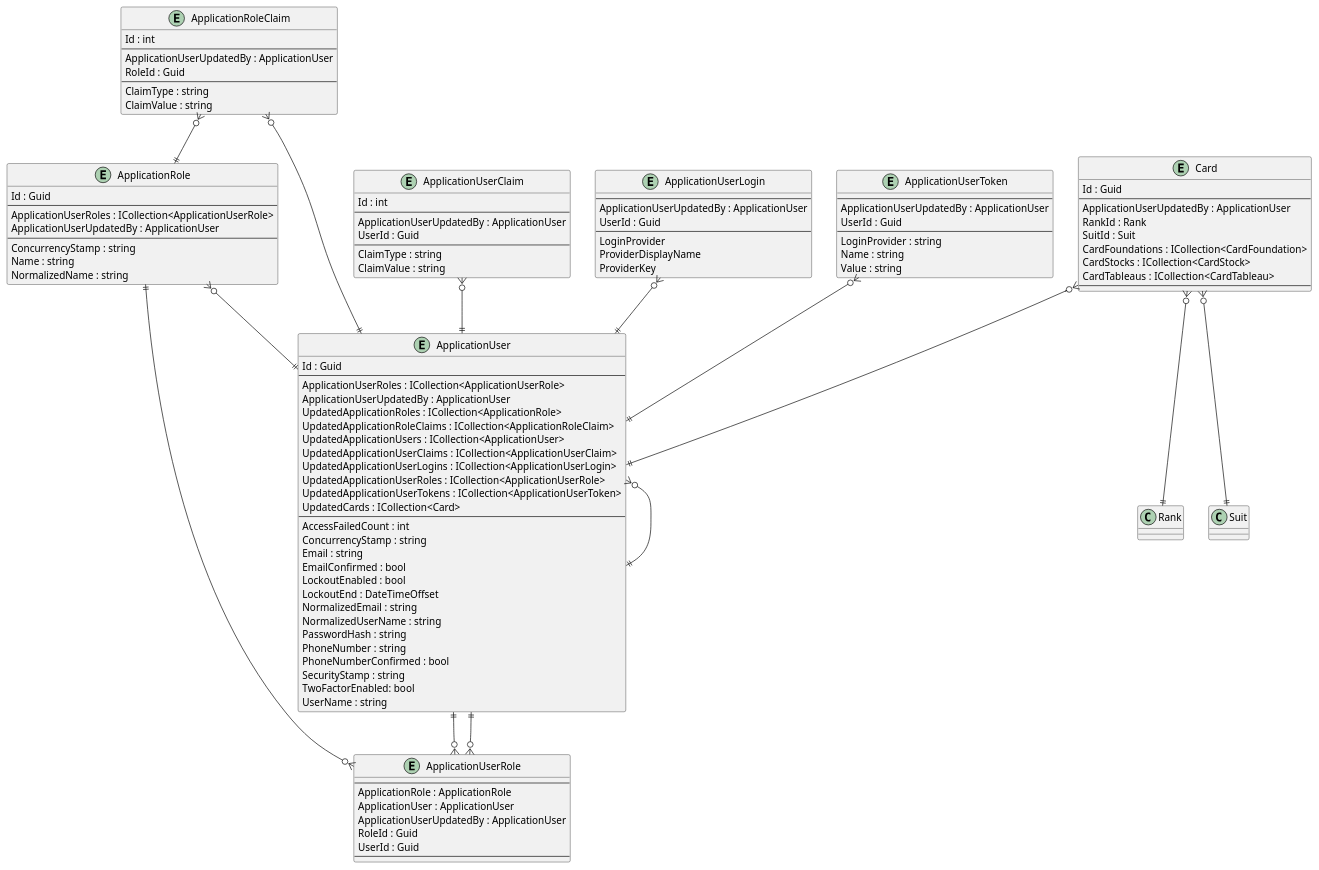
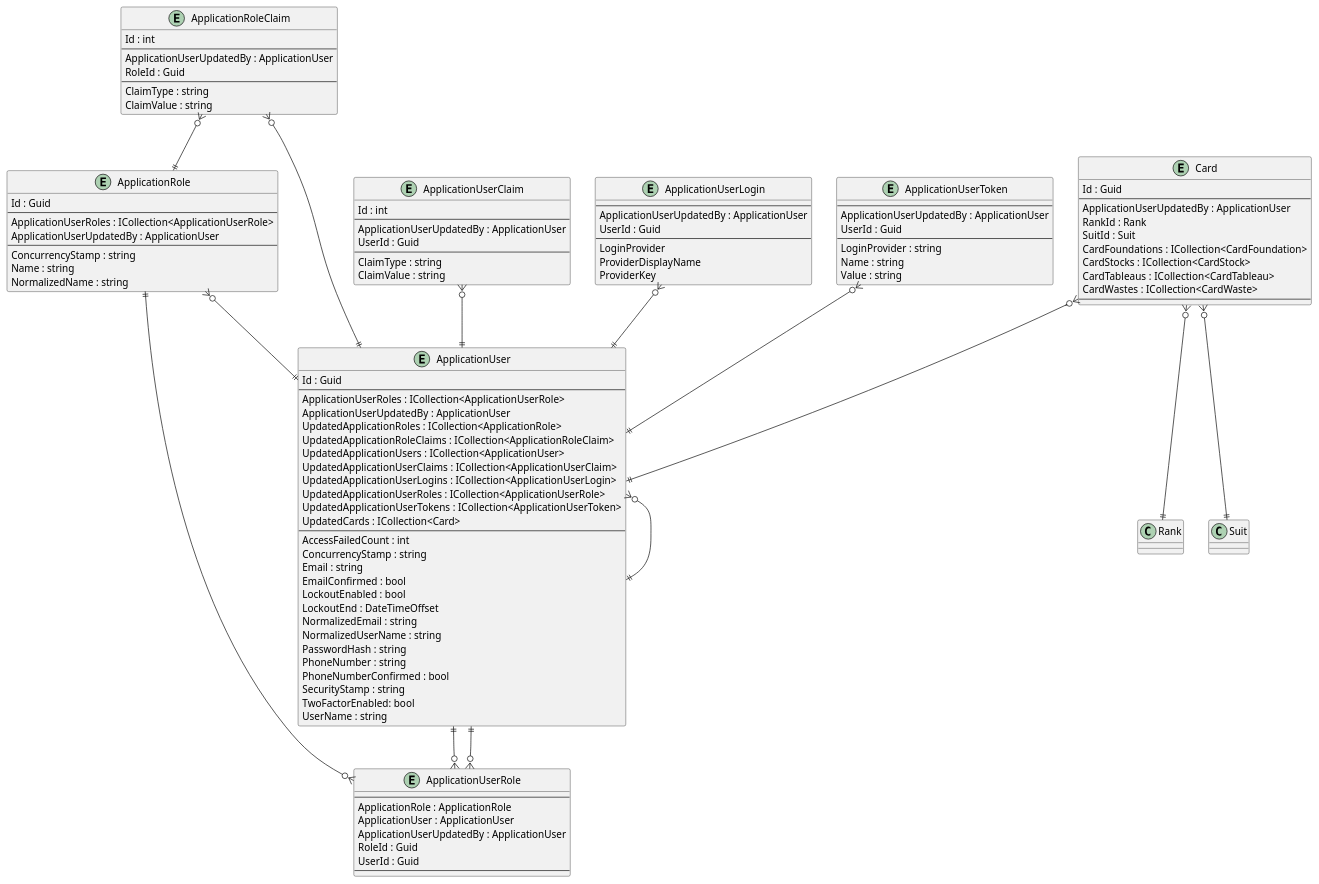
One commit to intrepion/intrepion_klondike-solitaire_csharp changed the diagram in .docs/Intrepion.KlondikeSolitaire.pu. Above: the diagram before and after it, drawn with PlantUML.

```diff
--- a/.docs/Intrepion.KlondikeSolitaire.pu
+++ b/.docs/Intrepion.KlondikeSolitaire.pu
@@ -1,127 +1,128 @@
 @startuml
 
 entity ApplicationRole {
     Id : Guid
     --
     ApplicationUserRoles : ICollection<ApplicationUserRole>
     ApplicationUserUpdatedBy : ApplicationUser
     --
     ConcurrencyStamp : string
     Name : string
     NormalizedName : string
 }
 
 entity ApplicationRoleClaim {
     Id : int
     --
     ApplicationUserUpdatedBy : ApplicationUser
     RoleId : Guid
     --
     ClaimType : string
     ClaimValue : string
 }
 
 entity ApplicationUser {
     Id : Guid
     --
     ApplicationUserRoles : ICollection<ApplicationUserRole>
     ApplicationUserUpdatedBy : ApplicationUser
     UpdatedApplicationRoles : ICollection<ApplicationRole>
     UpdatedApplicationRoleClaims : ICollection<ApplicationRoleClaim>
     UpdatedApplicationUsers : ICollection<ApplicationUser>
     UpdatedApplicationUserClaims : ICollection<ApplicationUserClaim>
     UpdatedApplicationUserLogins : ICollection<ApplicationUserLogin>
     UpdatedApplicationUserRoles : ICollection<ApplicationUserRole>
     UpdatedApplicationUserTokens : ICollection<ApplicationUserToken>
     UpdatedCards : ICollection<Card>
     ' ApplicationUserKeyCodePlaceholder
     --
     AccessFailedCount : int
     ConcurrencyStamp : string
     Email : string
     EmailConfirmed : bool
     LockoutEnabled : bool
     LockoutEnd : DateTimeOffset
     NormalizedEmail : string
     NormalizedUserName : string
     PasswordHash : string
     PhoneNumber : string
     PhoneNumberConfirmed : bool
     SecurityStamp : string
     TwoFactorEnabled: bool
     UserName : string
 }
 
 entity ApplicationUserClaim {
     Id : int
     --
     ApplicationUserUpdatedBy : ApplicationUser
     UserId : Guid
     --
     ClaimType : string
     ClaimValue : string
 }
 
 entity ApplicationUserLogin {
     --
     ApplicationUserUpdatedBy : ApplicationUser
     UserId : Guid
     --
     LoginProvider
     ProviderDisplayName
     ProviderKey
 }
 
 entity ApplicationUserRole {
     --
     ApplicationRole : ApplicationRole
     ApplicationUser : ApplicationUser
     ApplicationUserUpdatedBy : ApplicationUser
     RoleId : Guid
     UserId : Guid
     --
 }
 
 entity ApplicationUserToken {
     --
     ApplicationUserUpdatedBy : ApplicationUser
     UserId : Guid
     --
     LoginProvider : string
     Name : string
     Value : string
 }
 
 entity Card {
     Id : Guid
     --
     ApplicationUserUpdatedBy : ApplicationUser
     RankId : Rank
     SuitId : Suit
     CardFoundations : ICollection<CardFoundation>
     CardStocks : ICollection<CardStock>
     CardTableaus : ICollection<CardTableau>
+    CardWastes : ICollection<CardWaste>
     ' CardKeyCodePlaceholder
     --
     ' CardPropertyCodePlaceholder
 }
 
 ' EntityCodePlaceholder
 
 ApplicationRole ||--o{ ApplicationUserRole
 ApplicationRole }o--|| ApplicationUser
 ApplicationRoleClaim }o--|| ApplicationRole
 ApplicationRoleClaim }o--|| ApplicationUser
 ApplicationUser }o--|| ApplicationUser
 ApplicationUser ||--o{ ApplicationUserRole
 ApplicationUserClaim }o--|| ApplicationUser
 ApplicationUserLogin }o--|| ApplicationUser
 ApplicationUserRole }o--|| ApplicationUser
 ApplicationUserToken }o--|| ApplicationUser
 
 Card }o--|| ApplicationUser
 Card }o--|| Rank
 Card }o--|| Suit
 ' RelationshipCodePlaceholder
 
 @enduml
```
